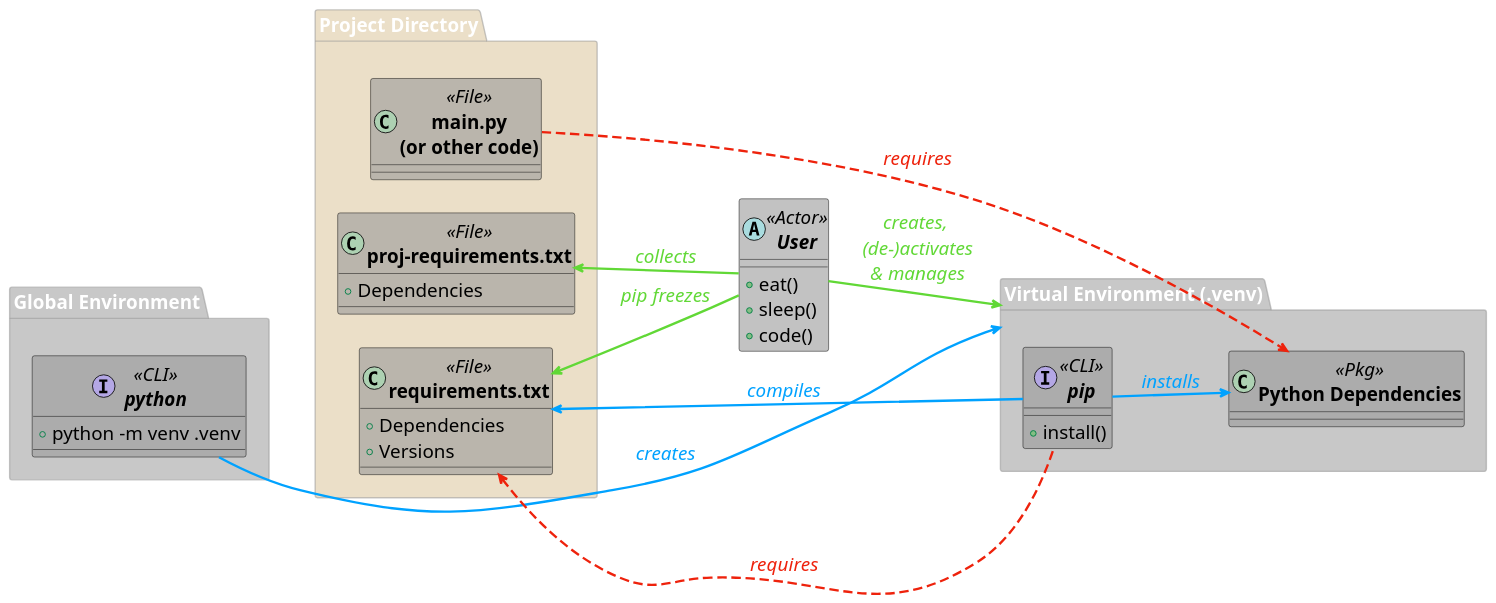
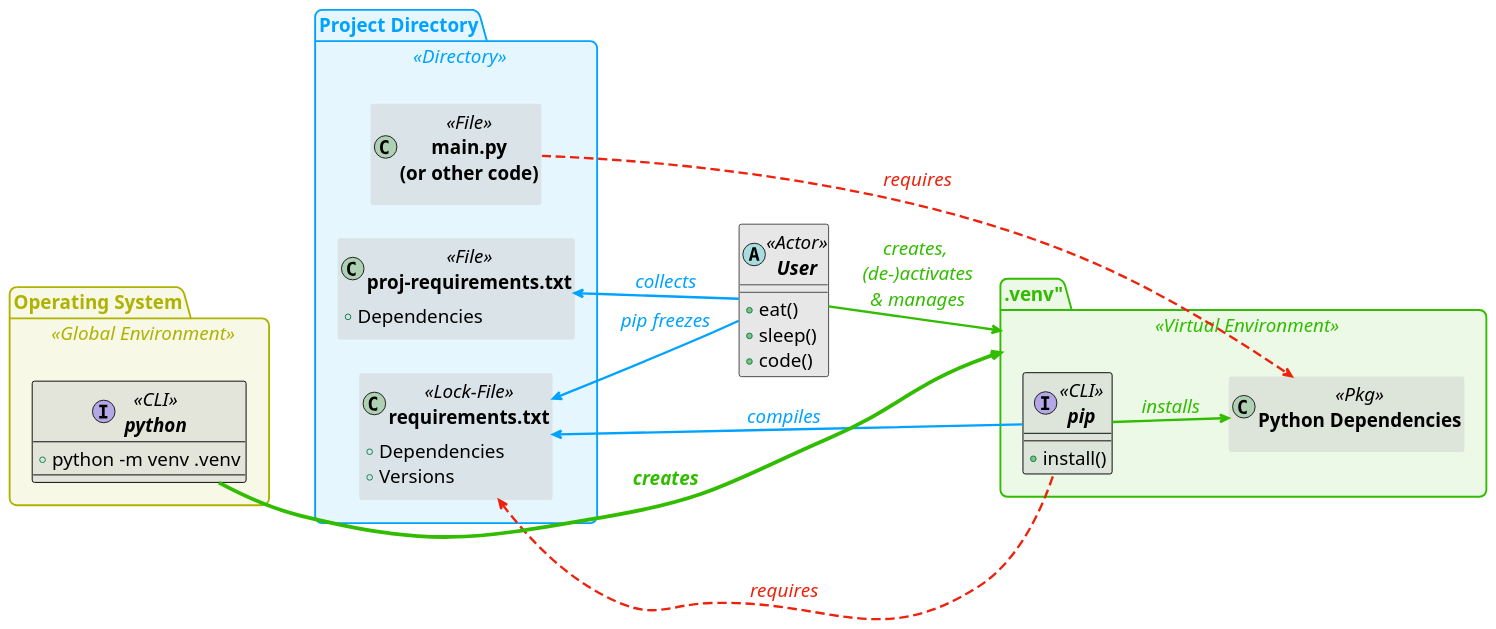
One commit to HisQu/buildben changed the diagram in assets/figures/diagram-simple.puml. Above: the diagram before and after it, drawn with PlantUML. The commit also changed 6 other files, not shown here.

Commit message:
Updatedsimple figure with new color scheme

```diff
--- a/assets/figures/diagram-simple.puml
+++ b/assets/figures/diagram-simple.puml
@@ -1,92 +1,130 @@
 @startuml
 left to right direction
+' top to bottom direction
 
-' === Style (kept identical) ===
+' === Global look & feel =============
 skinparam defaultFontSize 20
+' skinparam BackgroundColor #00000010
 skinparam BackgroundColor transparent
+
+' ======================================
 skinparam package {
-    BackgroundColor #99999988
-    BorderColor     #99999988
-    BorderWidth     2
-    FontColor       #ffffff
+    RoundCorner 15
+    BorderThickness 2
+    ' BackgroundColor #00A2FF19
+    ' BorderColor #00A2FF
+    ' FontColor   #00A2FF
 }
-skinparam class {
-    BackgroundColor #99999999
-    BorderColor     #000000
-    FontStyle       bold
+skinparam package<<Global Environment>> {
+    BackgroundColor #afb20019
+    BorderColor #afb200ff
+    FontColor   #afb200ff
+}
+skinparam package<<Virtual Environment>>{
+    BackgroundColor #32bc0019
+    BorderColor #32bc00ff
+    FontColor   #32bc00ff
+}
+skinparam package<<Directory>> {
+    BackgroundColor #00A2FF19
+    BorderColor #00A2FF
+    FontColor   #00A2FF
 }
 
+' ======================================
+skinparam class {
+    BackgroundColor #cccccc77
+    BorderColor     #444444
+    BorderThickness 1
+    FontStyle bold
+    RoundCorner 15
+}
+skinparam class<<CLI>> {
+    BorderColor     #000000
+}
+skinparam class<<Config>><<Pkg>><<Lock-Files>><<File>><<Lock-File>> {
+    BorderColor     #000000
+    BorderThickness 0
+}
+
+
+' =================================================
+
 ' === Packages (now ordered GE → PDIR → VENV) ===
-package "Global Environment" as GE {
+package "Operating System" as GE <<Global Environment>> {
     interface "python" as PY  <<CLI>> {
         +python -m venv .venv
     }
 }
 
-package "Project Directory" as PDIR #d9c49988 {
+package "Project Directory" as PDIR <<Directory>> {
     class "proj-requirements.txt"   as REQ_PROJ <<File>>{
         +Dependencies
     }
-    class "requirements.txt"         as REQ <<File>>{
+    class "requirements.txt"         as REQ <<Lock-File>>{
         +Dependencies
         +Versions
     }
     class "main.py\n(or other code)" as APP <<File>>
 }
 
 
 
-package "Virtual Environment (.venv)" as VENV  {
+package .venv" as VENV <<Virtual Environment>> {
     interface "pip"          as PIP <<CLI>> {
         +install()
     }
     class "Python Dependencies" as PKG <<Pkg>>
 }
 
 ' === Hidden arrows to lock horizontal order ===
 GE   -[hidden]-> PDIR
 PDIR -[hidden]-> VENV
 
 ' === Visible blue arrows (same semantics) ===
 <style>
 arrow {
     LineColor #00A2FF
     LineThickness 2.5
     FontColor #00A2FF
     FontStyle italic
 }
 </style>
 
-PY  --> VENV : creates
-PIP --> PKG  : installs
 
+REQ_PROJ <-- USER : collects
+REQ <-- USER : pip freezes
 
 REQ <-- PIP  : compiles
 
 ' === SPecial Straight Arrows =============
 <style>
 arrow {
-    LineColor #61D836
-    FontColor #61D836
+    LineColor #32bc00ff
+    FontColor #32bc00ff
 }
 </style>
+
+
+
 abstract "User" as USER <<Actor>> {
     +eat()
     +sleep()
     +code()
 }
+
+PIP --> PKG  : installs
+PY  -[thickness=4]-> VENV : **creates**
 USER  --> VENV : creates, \n (de-)activates \n& manages 
-REQ_PROJ <-- USER : collects
-REQ <-- USER : pip freezes
 
 <style>
 arrow {
     LineStyle 10-5
     LineColor #EE220C
     FontColor #EE220C
 }
 </style>
 APP --> PKG  : requires
 REQ <-- PIP  : requires
 
 @enduml
```
